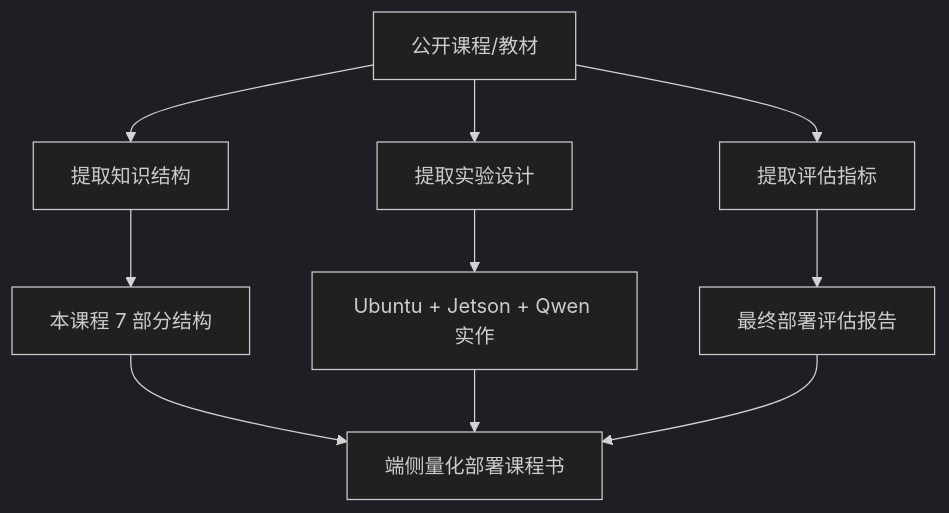
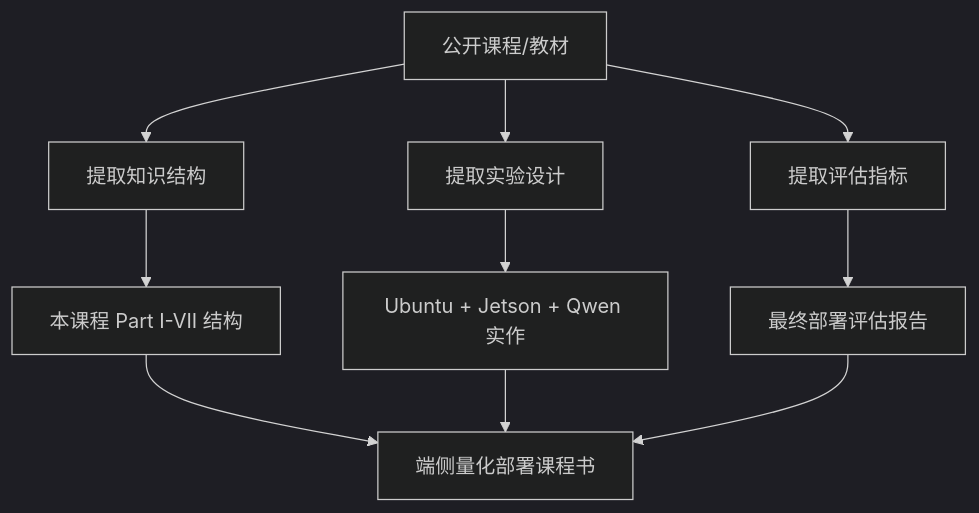
One commit to skyswordw/edge-ai-deployment-course changed the diagram in docs/similar-courses.md. Above: the diagram before and after it, drawn with Mermaid (dark theme). The commit also changed other lines of this file and 14 other files, not shown here.

````diff
--- a/docs/similar-courses.md
+++ b/docs/similar-courses.md
@@ -43,12 +43,12 @@
 ```mermaid
 flowchart TD
   A["公开课程/教材"] --> B["提取知识结构"]
   A --> C["提取实验设计"]
   A --> D["提取评估指标"]
-  B --> E["本课程 7 部分结构"]
+  B --> E["本课程 Part I-VII 结构"]
   C --> F["Ubuntu + Jetson + Qwen 实作"]
   D --> G["最终部署评估报告"]
   E --> H["端侧量化部署课程书"]
   F --> H
   G --> H
 ```
````
